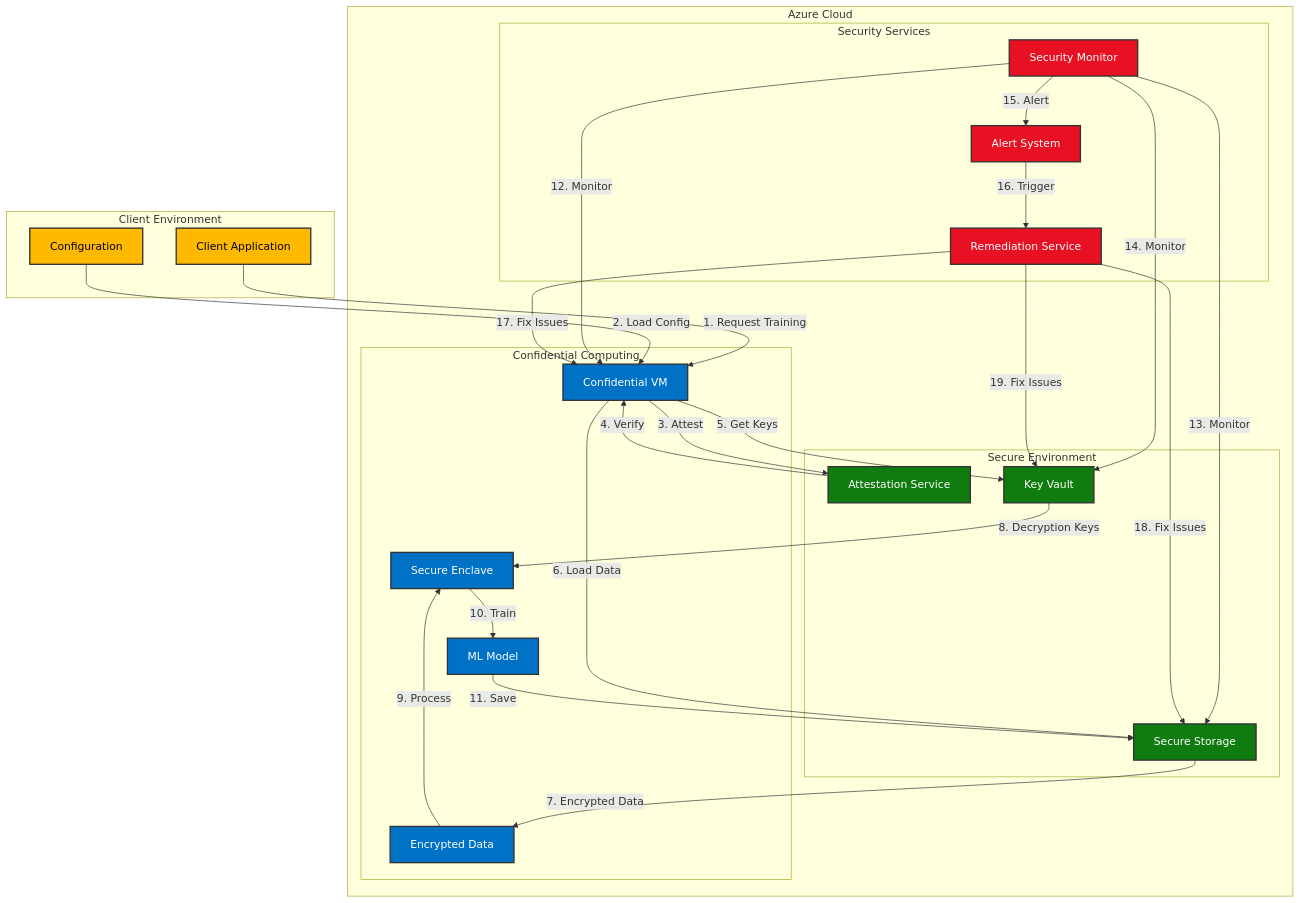
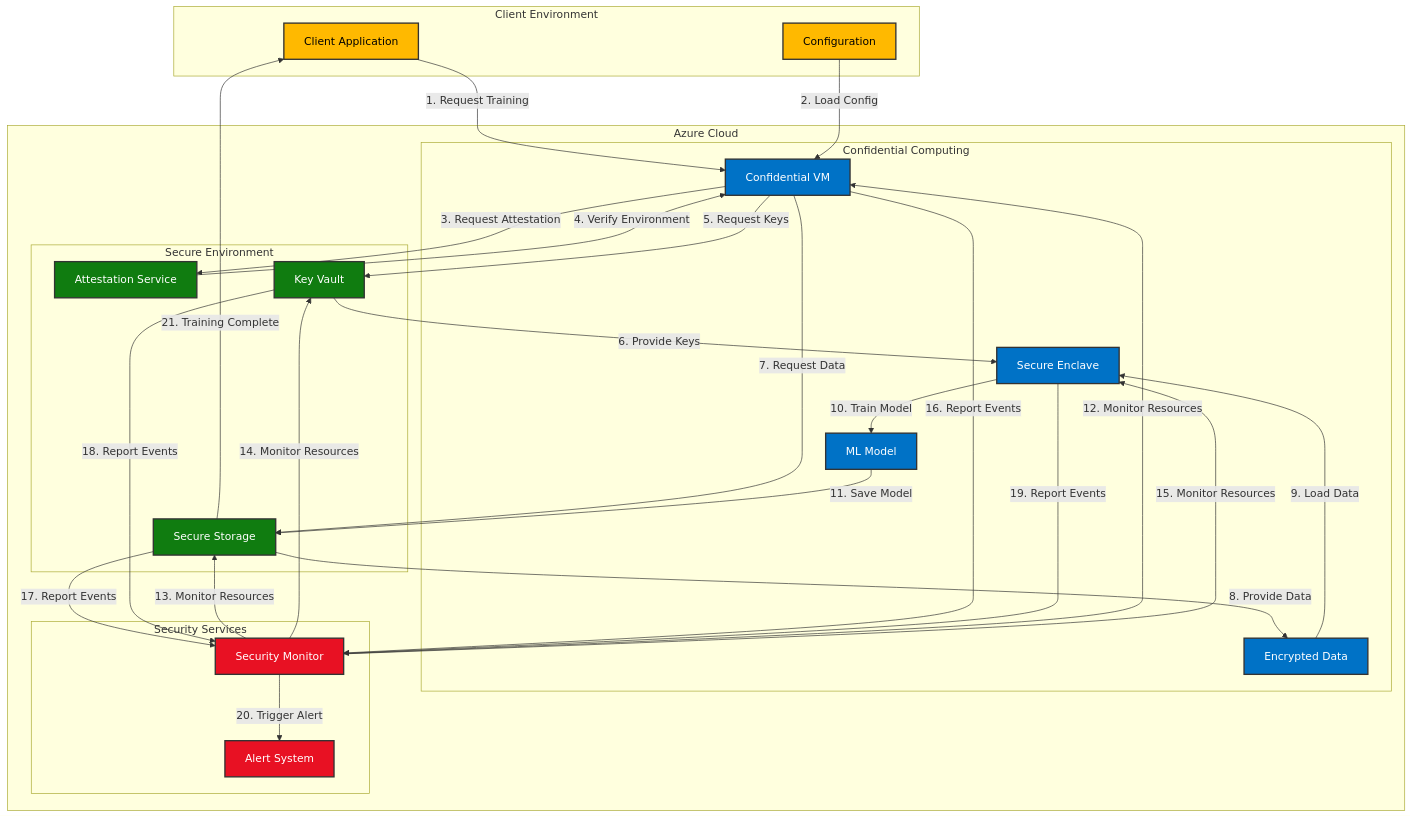
The diagram in docs/LogicalArchitecture.md (gitmujoshi/confidentialcomputingplatform), drawn with Mermaid before and after one commit. The commit also changed other lines of this file, not shown here.

Commit message:
updated diagrams

````diff
--- a/docs/LogicalArchitecture.md
+++ b/docs/LogicalArchitecture.md
@@ -9,58 +9,74 @@
 ```mermaid
 graph TB
     subgraph "Client Environment"
         Client[Client Application]
         Config[Configuration]
     end
 
     subgraph "Azure Cloud"
         subgraph "Secure Environment"
             Attest[Attestation Service]
             KeyVault[Key Vault]
             Storage[Secure Storage]
         end
 
         subgraph "Confidential Computing"
             VM[Confidential VM]
             Enclave[Secure Enclave]
             Model[ML Model]
             Data[Encrypted Data]
         end
 
         subgraph "Security Services"
             Monitor[Security Monitor]
             Alert[Alert System]
-            Remediate[Remediation Service]
         end
     end
 
+    %% Client Interactions
     Client -->|1. Request Training| VM
     Config -->|2. Load Config| VM
-    VM -->|3. Attest| Attest
-    Attest -->|4. Verify| VM
-    VM -->|5. Get Keys| KeyVault
-    VM -->|6. Load Data| Storage
-    Storage -->|7. Encrypted Data| Data
-    KeyVault -->|8. Decryption Keys| Enclave
-    Data -->|9. Process| Enclave
-    Enclave -->|10. Train| Model
-    Model -->|11. Save| Storage
-    Monitor -->|12. Monitor| VM
-    Monitor -->|13. Monitor| Storage
-    Monitor -->|14. Monitor| KeyVault
-    Monitor -->|15. Alert| Alert
-    Alert -->|16. Trigger| Remediate
-    Remediate -->|17. Fix Issues| VM
-    Remediate -->|18. Fix Issues| Storage
-    Remediate -->|19. Fix Issues| KeyVault
+
+    %% Environment Verification
+    VM -->|3. Request Attestation| Attest
+    Attest -->|4. Verify Environment| VM
+
+    %% Resource Access
+    VM -->|5. Request Keys| KeyVault
+    KeyVault -->|6. Provide Keys| Enclave
+    VM -->|7. Request Data| Storage
+    Storage -->|8. Provide Data| Data
+
+    %% Training Process
+    Data -->|9. Load Data| Enclave
+    Enclave -->|10. Train Model| Model
+    Model -->|11. Save Model| Storage
+
+    %% Security Monitoring
+    Monitor -->|12. Monitor Resources| VM
+    Monitor -->|13. Monitor Resources| Storage
+    Monitor -->|14. Monitor Resources| KeyVault
+    Monitor -->|15. Monitor Resources| Enclave
+
+    %% Security Events
+    VM -->|16. Report Events| Monitor
+    Storage -->|17. Report Events| Monitor
+    KeyVault -->|18. Report Events| Monitor
+    Enclave -->|19. Report Events| Monitor
+
+    %% Alert System
+    Monitor -->|20. Trigger Alert| Alert
+
+    %% Completion
+    Storage -->|21. Training Complete| Client
 
     classDef azure fill:#0072C6,stroke:#333,stroke-width:2px,color:white;
     classDef secure fill:#107C10,stroke:#333,stroke-width:2px,color:white;
     classDef client fill:#FFB900,stroke:#333,stroke-width:2px,color:black;
     classDef security fill:#E81123,stroke:#333,stroke-width:2px,color:white;
 
     class Client,Config client;
     class Attest,KeyVault,Storage secure;
     class VM,Enclave,Model,Data azure;
-    class Monitor,Alert,Remediate security;
+    class Monitor,Alert security;
 ```
````
